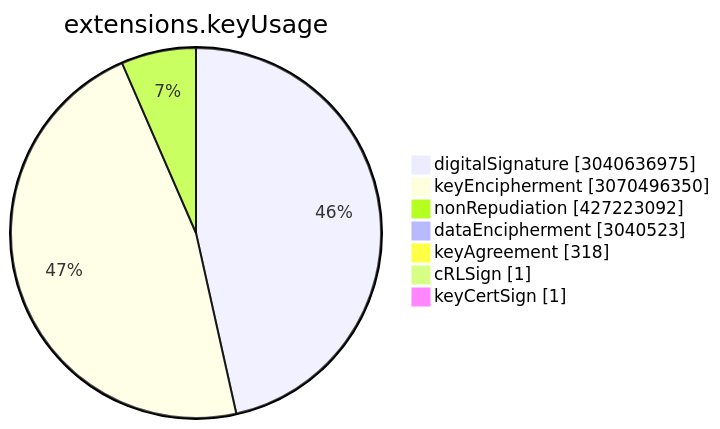
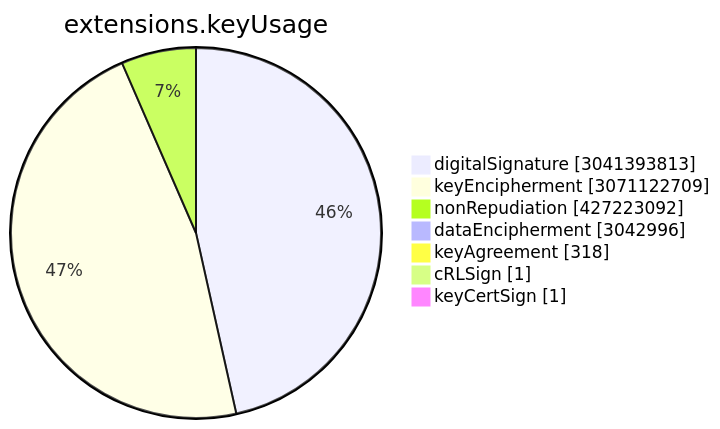
Before and after one commit to christiankrug/ctmonitor_visualization: the sixth of 15 diagrams in TOTAL/README.md, drawn with Mermaid. The commit also changed other lines of this file, not shown here.

````diff
--- a/TOTAL/README.md
+++ b/TOTAL/README.md
@@ -3075,11 +3075,11 @@
 ```mermaid
 pie showData
 title extensions.keyUsage
-"digitalSignature" :3040636975
-"keyEncipherment" :3070496350
+"digitalSignature" :3041393813
+"keyEncipherment" :3071122709
 "nonRepudiation" :427223092
-"dataEncipherment" :3040523
+"dataEncipherment" :3042996
 "keyAgreement" :318
 "cRLSign" :1
 "keyCertSign" :1
 ```
````
